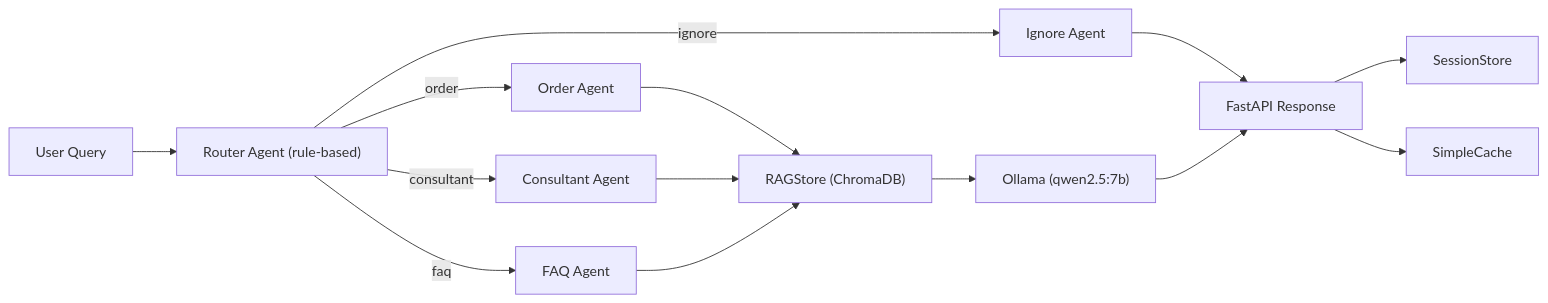
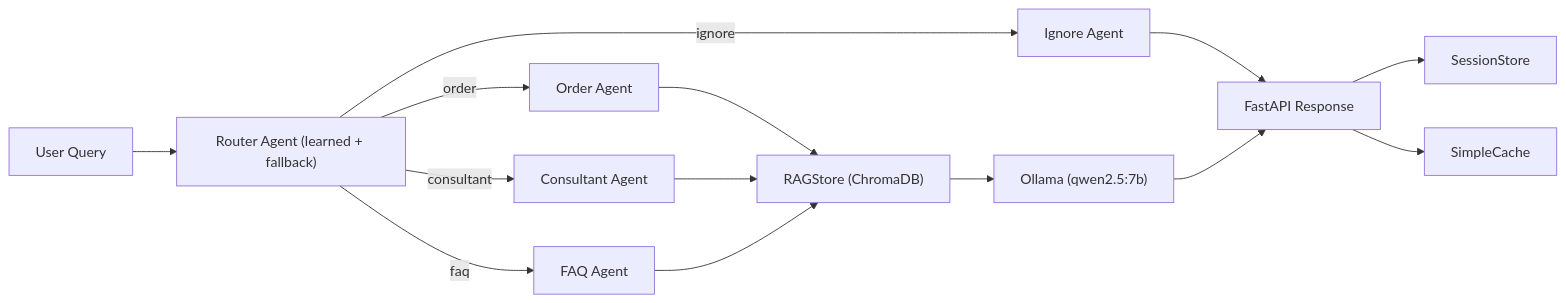
Before and after one commit to Benlaptrinh/fiai-llm-test: the diagram in README.md, drawn with Mermaid. The commit also changed other lines of this file, not shown here.

Commit message:
docs: document lightweight learned router training pipeline

````diff
--- a/README.md
+++ b/README.md
@@ -21,16 +21,16 @@
 ```mermaid
 flowchart LR
-  U["User Query"] --> R["Router Agent (rule-based)"]
+  U["User Query"] --> R["Router Agent (learned + fallback)"]
   R -->|order| OA["Order Agent"]
   R -->|consultant| CA["Consultant Agent"]
   R -->|faq| FA["FAQ Agent"]
   R -->|ignore| IA["Ignore Agent"]
   OA --> VS["RAGStore (ChromaDB)"]
   CA --> VS
   FA --> VS
   VS --> LLM["Ollama (qwen2.5:7b)"]
   IA --> RESP["FastAPI Response"]
   LLM --> RESP
   RESP --> S["SessionStore"]
   RESP --> C["SimpleCache"]
 ```
````
